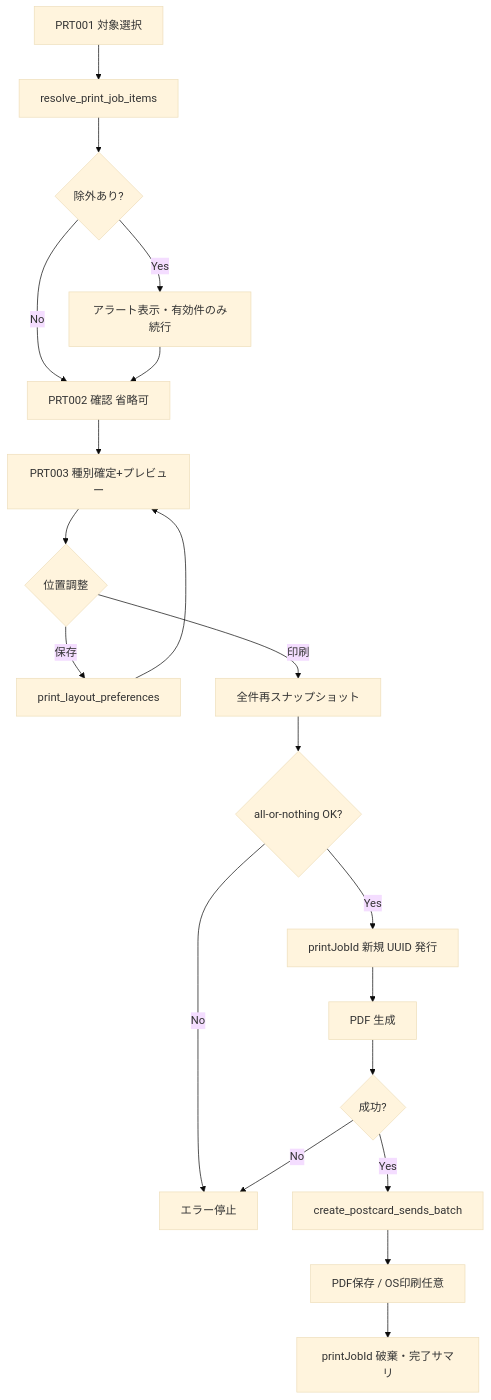
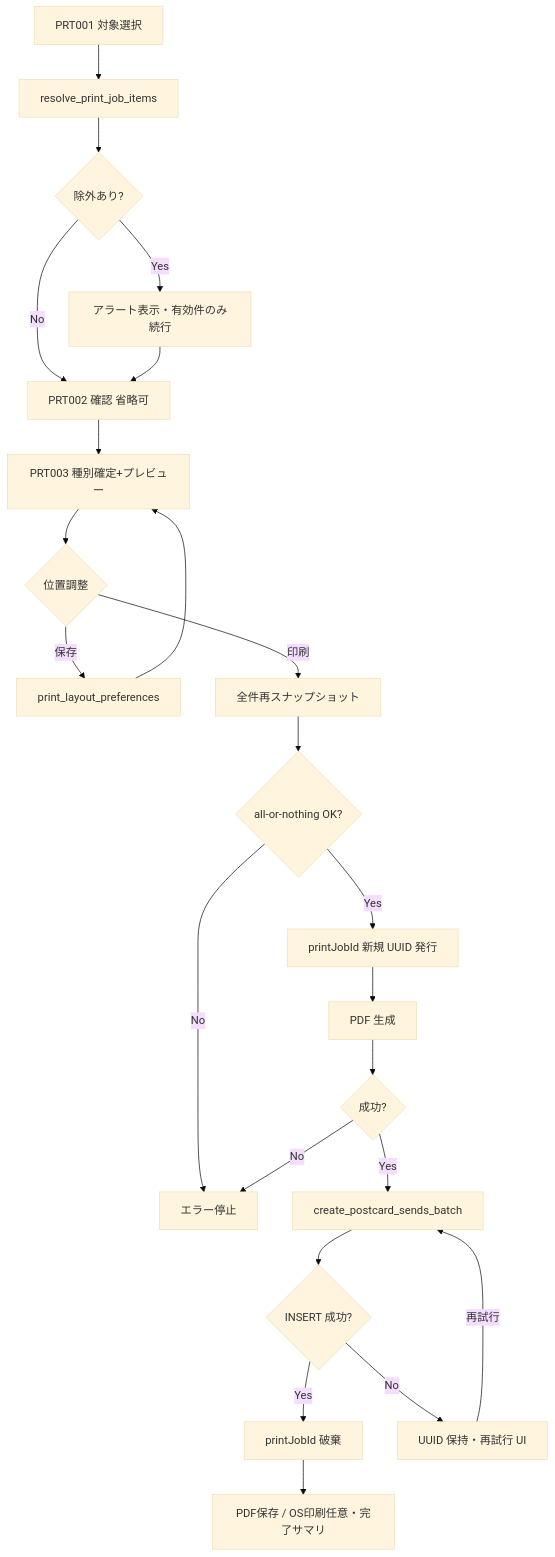
The diagram in docs/design/postcard-address-print-v1-design.md (topea-3/craft-post-app), drawn with Mermaid (base theme) before and after one commit. The commit also changed other lines of this file and 2 other files, not shown here.

````diff
--- a/docs/design/postcard-address-print-v1-design.md
+++ b/docs/design/postcard-address-print-v1-design.md
@@ -333,22 +347,25 @@
 ```mermaid
 flowchart TD
   A[PRT001 対象選択] --> B[resolve_print_job_items]
   B --> C{除外あり?}
   C -->|Yes| D[アラート表示・有効件のみ続行]
   C -->|No| E[PRT002 確認 省略可]
   D --> E
   E --> F[PRT003 種別確定+プレビュー]
   F --> G{位置調整}
   G -->|保存| H[print_layout_preferences]
   H --> F
   G -->|印刷| I[全件再スナップショット]
   I --> J{all-or-nothing OK?}
   J -->|No| K[エラー停止]
   J -->|Yes| L[printJobId 新規 UUID 発行]
   L --> M[PDF 生成]
   M --> N{成功?}
   N -->|Yes| O[create_postcard_sends_batch]
   N -->|No| K
-  O --> P[PDF保存 / OS印刷任意]
-  P --> Q[printJobId 破棄・完了サマリ]
+  O --> R{INSERT 成功?}
+  R -->|Yes| P[printJobId 破棄]
+  R -->|No| S[UUID 保持・再試行 UI]
+  S -->|再試行| O
+  P --> Q[PDF保存 / OS印刷任意・完了サマリ]
 ```
````
